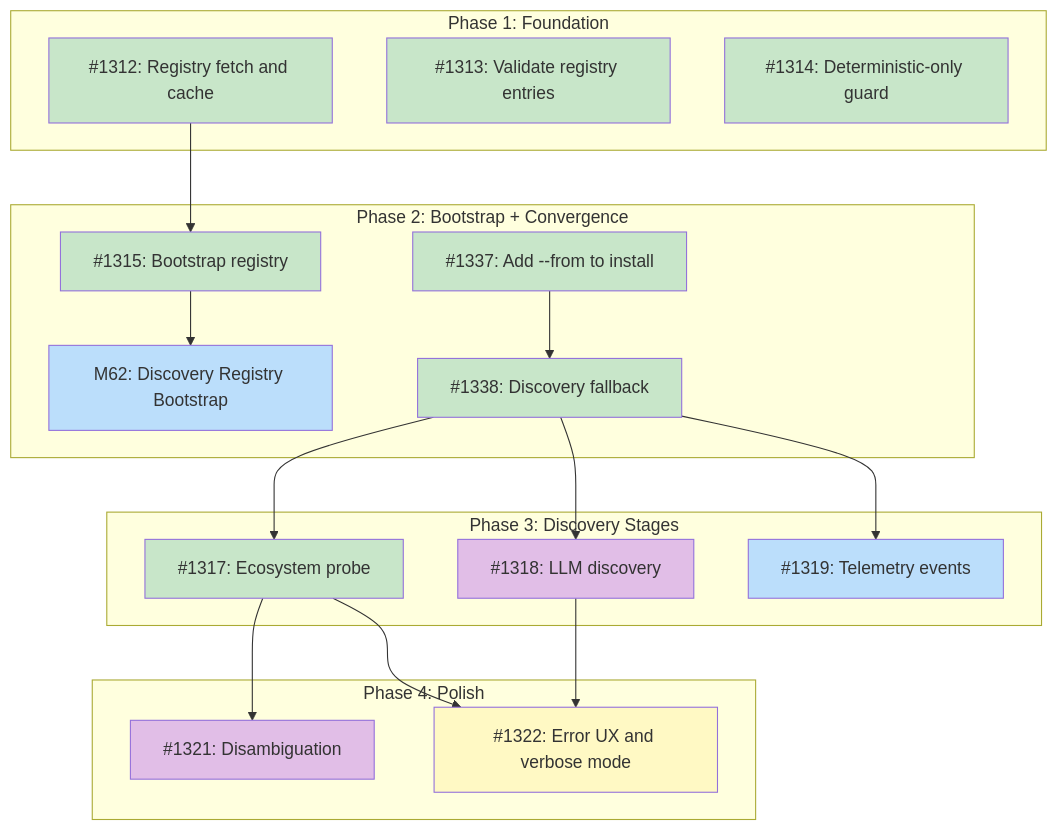
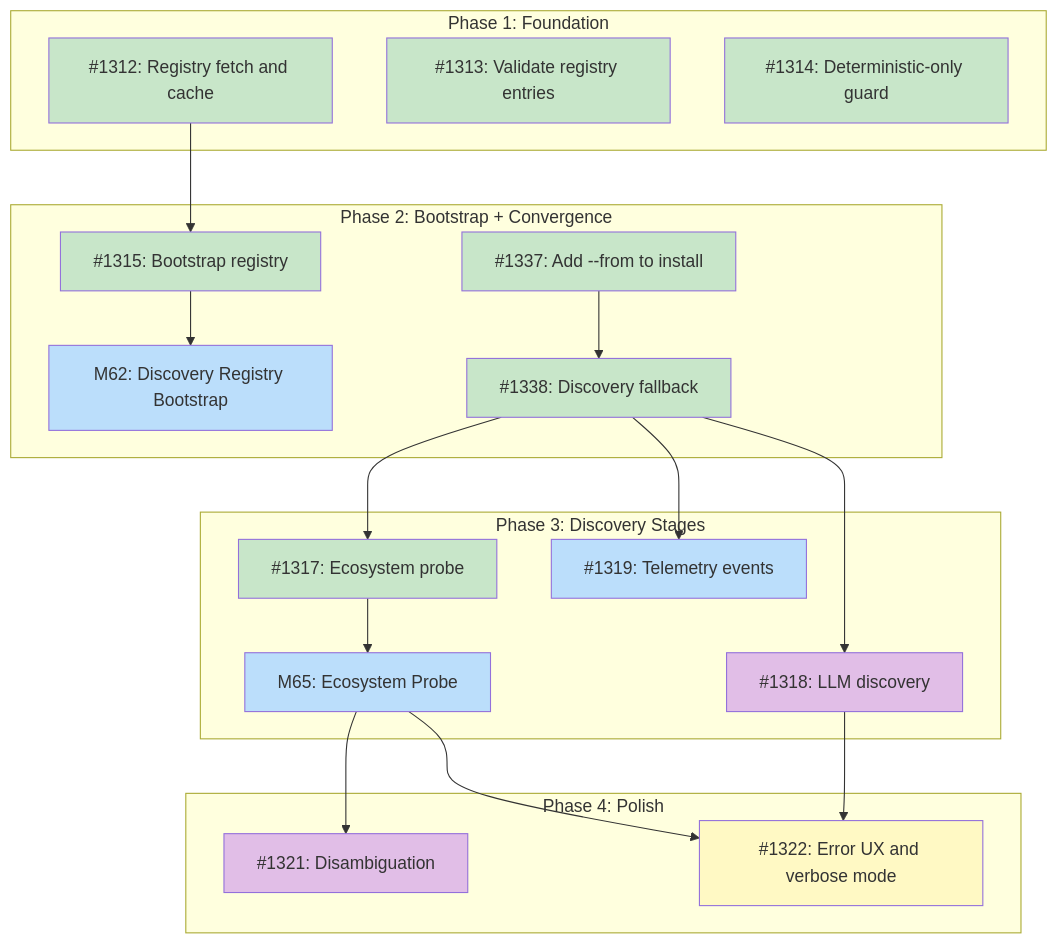
The diagram in docs/designs/DESIGN-discovery-resolver.md (tsukumogami/tsuku), drawn with Mermaid before and after one commit. The commit also changed other lines of this file, not shown here.

Commit message:
docs: add M65 Ecosystem Probe milestone to discovery resolver diagram
Wire M65 into the parent design's implementation issues table and
dependency graph, following the same pattern used for M62. M65
decomposes the completed #1317 into four implementation issues.

````diff
--- a/docs/designs/DESIGN-discovery-resolver.md
+++ b/docs/designs/DESIGN-discovery-resolver.md
@@ -62,51 +64,53 @@
 ```mermaid
 graph TD
     subgraph Phase1["Phase 1: Foundation"]
         I1312["#1312: Registry fetch and cache"]
         I1313["#1313: Validate registry entries"]
         I1314["#1314: Deterministic-only guard"]
     end
 
     subgraph Phase2["Phase 2: Bootstrap + Convergence"]
         M62["M62: Discovery Registry Bootstrap"]
         I1315["#1315: Bootstrap registry"]
         I1337["#1337: Add --from to install"]
         I1338["#1338: Discovery fallback"]
     end
 
     subgraph Phase3["Phase 3: Discovery Stages"]
         I1317["#1317: Ecosystem probe"]
+        M65["M65: Ecosystem Probe"]
         I1318["#1318: LLM discovery"]
         I1319["#1319: Telemetry events"]
     end
 
     subgraph Phase4["Phase 4: Polish"]
         I1321["#1321: Disambiguation"]
         I1322["#1322: Error UX and verbose mode"]
     end
 
     I1312 --> I1315
     I1315 --> M62
     I1337 --> I1338
     I1338 --> I1317
+    I1317 --> M65
     I1338 --> I1318
     I1338 --> I1319
-    I1317 --> I1321
-    I1317 --> I1322
+    M65 --> I1321
+    M65 --> I1322
     I1318 --> I1322
 
     classDef done fill:#c8e6c9
     classDef ready fill:#bbdefb
     classDef blocked fill:#fff9c4
     classDef needsDesign fill:#e1bee7
 
     class I1312,I1313,I1314 done
     class I1337,I1338 done
     class I1319 ready
     class I1317 done
     class I1318 needsDesign
-    class M62 ready
+    class M65,M62 ready
     class I1315 done
     class I1321 needsDesign
     class I1322 blocked
 ```
````
